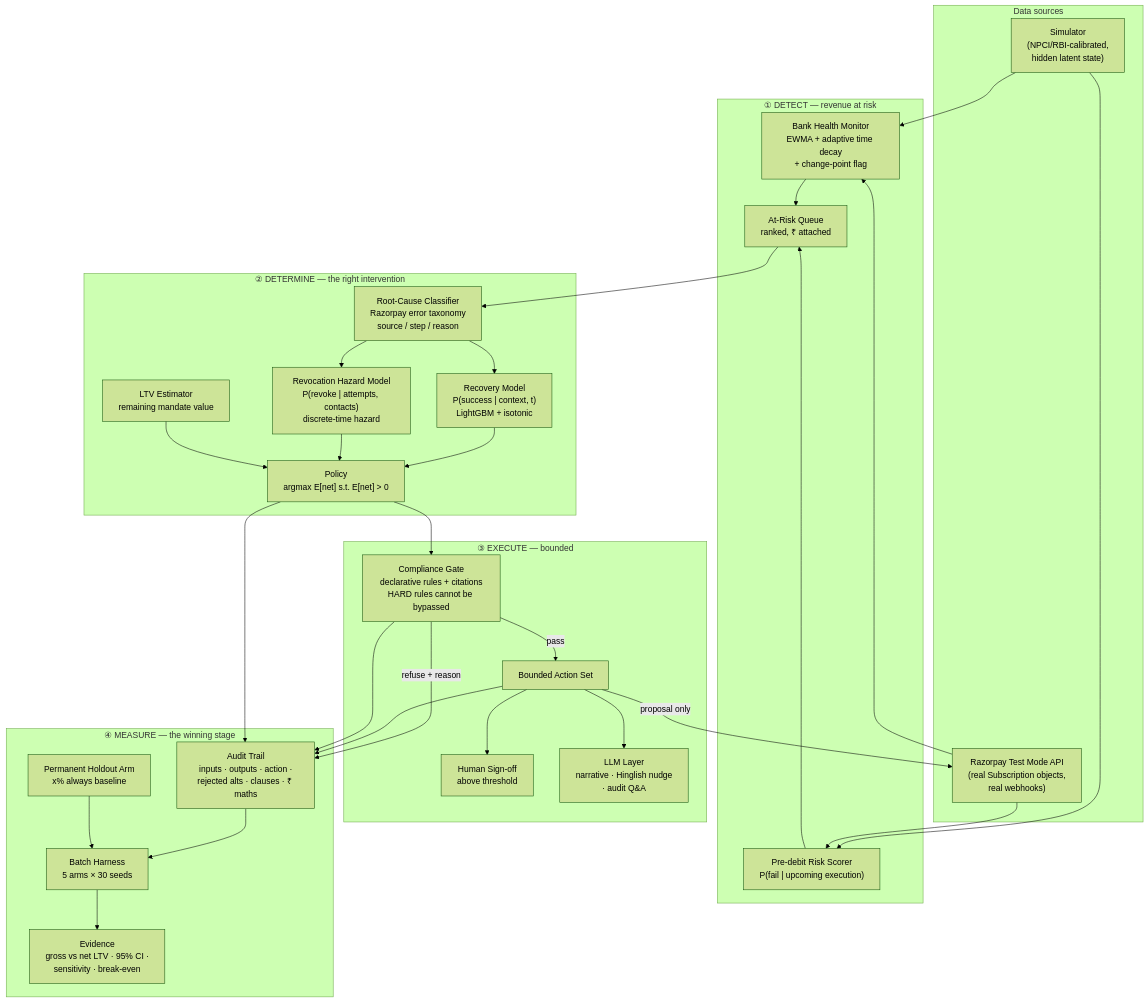
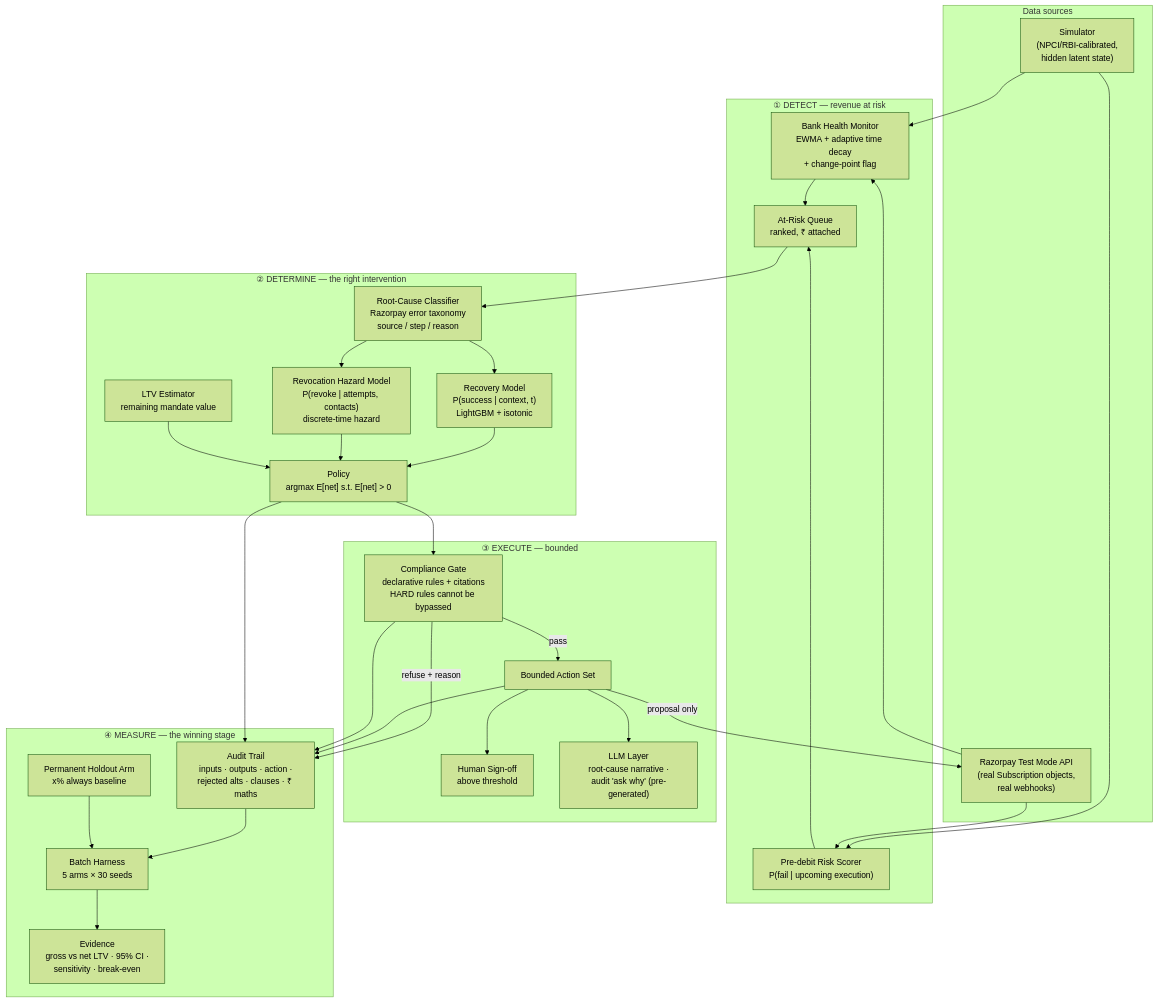
One commit to jaygautam-creator/Dobara changed the diagram in docs/02-ARCHITECTURE.md. Above: the diagram before and after it, drawn with Mermaid (forest theme). The commit also changed 13 other files, not shown here.

````diff
--- a/docs/02-ARCHITECTURE.md
+++ b/docs/02-ARCHITECTURE.md
@@ -9,51 +9,51 @@
 ```mermaid
 flowchart TB
     subgraph SRC["Data sources"]
         SIM["Simulator<br/>(NPCI/RBI-calibrated,<br/>hidden latent state)"]
         RZP["Razorpay Test Mode API<br/>(real Subscription objects,<br/>real webhooks)"]
     end
 
     subgraph DETECT["① DETECT — revenue at risk"]
         BH["Bank Health Monitor<br/>EWMA + adaptive time decay<br/>+ change-point flag"]
         PRE["Pre-debit Risk Scorer<br/>P(fail | upcoming execution)"]
         Q["At-Risk Queue<br/>ranked, ₹ attached"]
     end
 
     subgraph DECIDE["② DETERMINE — the right intervention"]
         RC["Root-Cause Classifier<br/>Razorpay error taxonomy<br/>source / step / reason"]
         M1["Recovery Model<br/>P(success | context, t)<br/>LightGBM + isotonic"]
         M2["Revocation Hazard Model<br/>P(revoke | attempts, contacts)<br/>discrete-time hazard"]
         LTV["LTV Estimator<br/>remaining mandate value"]
         POL["Policy<br/>argmax E[net] s.t. E[net] > 0"]
     end
 
     subgraph EXEC["③ EXECUTE — bounded"]
         GATE["Compliance Gate<br/>declarative rules + citations<br/>HARD rules cannot be bypassed"]
         ACT["Bounded Action Set"]
         HUMAN["Human Sign-off<br/>above threshold"]
-        LLM["LLM Layer<br/>narrative · Hinglish nudge<br/>· audit Q&A"]
+        LLM["LLM Layer<br/>root-cause narrative ·<br/>audit 'ask why' (pre-generated)"]
     end
 
     subgraph MEASURE["④ MEASURE — the winning stage"]
         AUD["Audit Trail<br/>inputs · outputs · action ·<br/>rejected alts · clauses · ₹ maths"]
         HARN["Batch Harness<br/>5 arms × 30 seeds"]
         HOLD["Permanent Holdout Arm<br/>x% always baseline"]
         EV["Evidence<br/>gross vs net LTV · 95% CI ·<br/>sensitivity · break-even"]
     end
 
     SIM --> BH & PRE
     RZP --> BH & PRE
     BH --> Q
     PRE --> Q
     Q --> RC --> M1 & M2
     M1 & M2 & LTV --> POL
     POL --> GATE
     GATE -->|pass| ACT
     GATE -->|refuse + reason| AUD
     ACT --> HUMAN
     ACT --> LLM
     ACT -->|proposal only| RZP
     ACT & POL & GATE --> AUD
     AUD --> HARN --> EV
     HOLD --> HARN
 ```
````
